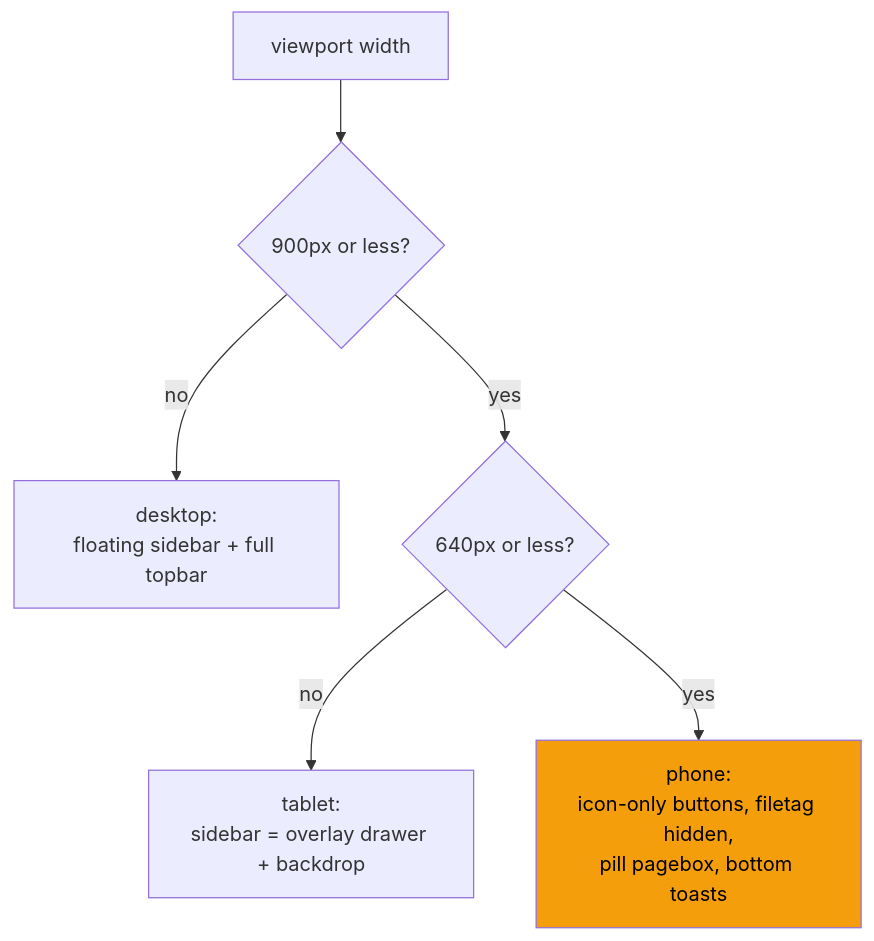
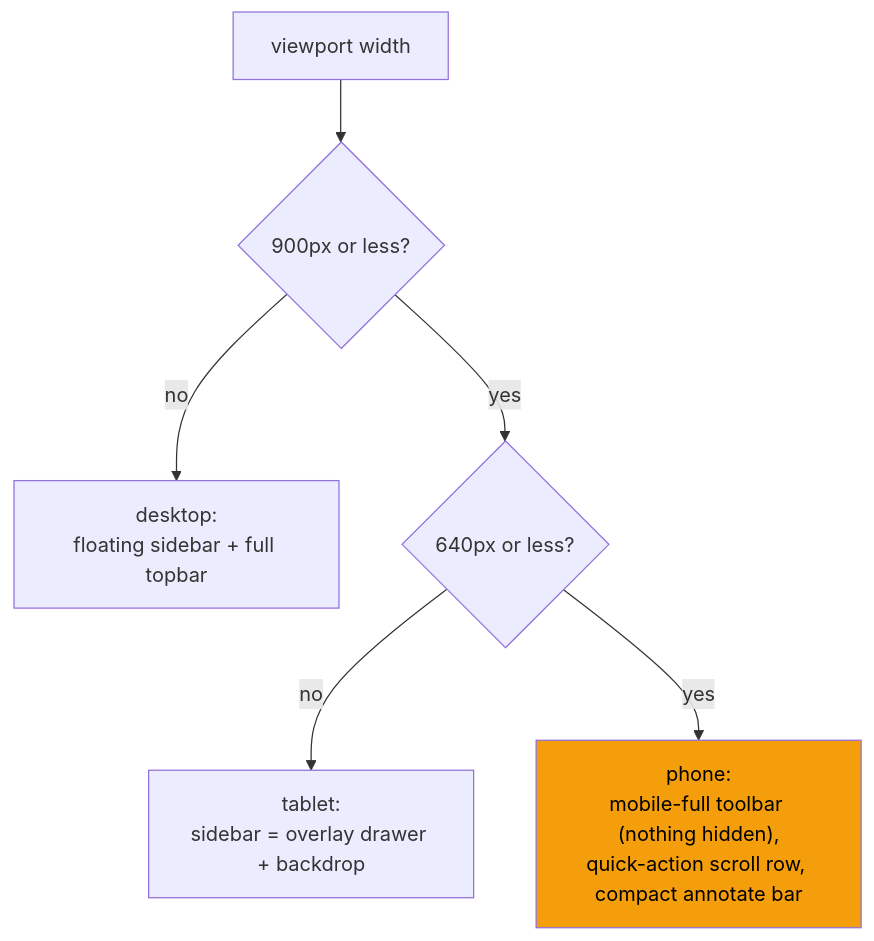
Before and after one commit to Ahmedbakr78/Heros_PDF: the ninth of 9 diagrams in README.md, drawn with Mermaid. The commit also changed other lines of this file and 5 other files, not shown here.

Commit message:
feat: mobile-full — zero hidden controls on phones, quick-action row, compact annotate bar

````diff
--- a/README.md
+++ b/README.md
@@ -622,10 +622,10 @@
 ```mermaid
 flowchart TB
     W["viewport width"] --> A{"900px or less?"}
     A -->|no| D["desktop:<br/>floating sidebar + full topbar"]
     A -->|yes| B{"640px or less?"}
     B -->|no| T["tablet:<br/>sidebar = overlay drawer + backdrop"]
-    B -->|yes| M["phone:<br/>icon-only buttons, filetag hidden,<br/>pill pagebox, bottom toasts"]
+    B -->|yes| M["phone:<br/>mobile-full toolbar (nothing hidden),<br/>quick-action scroll row, compact annotate bar"]
 
     style M fill:#f59e0b,color:#000
 ```
````
